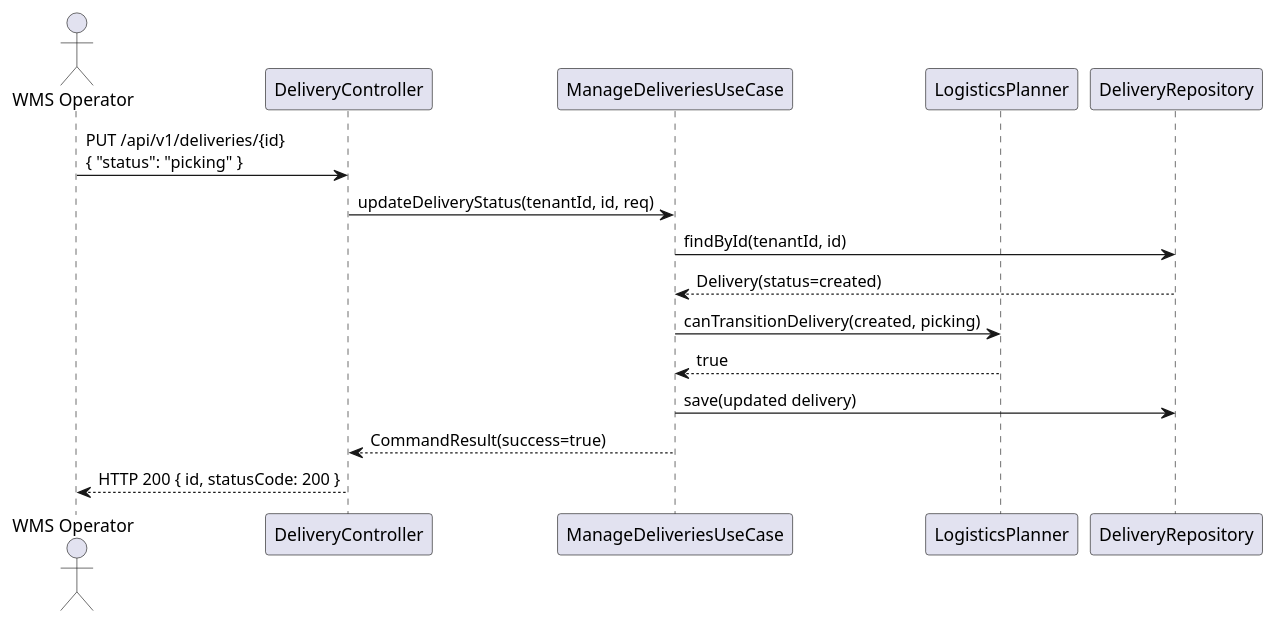
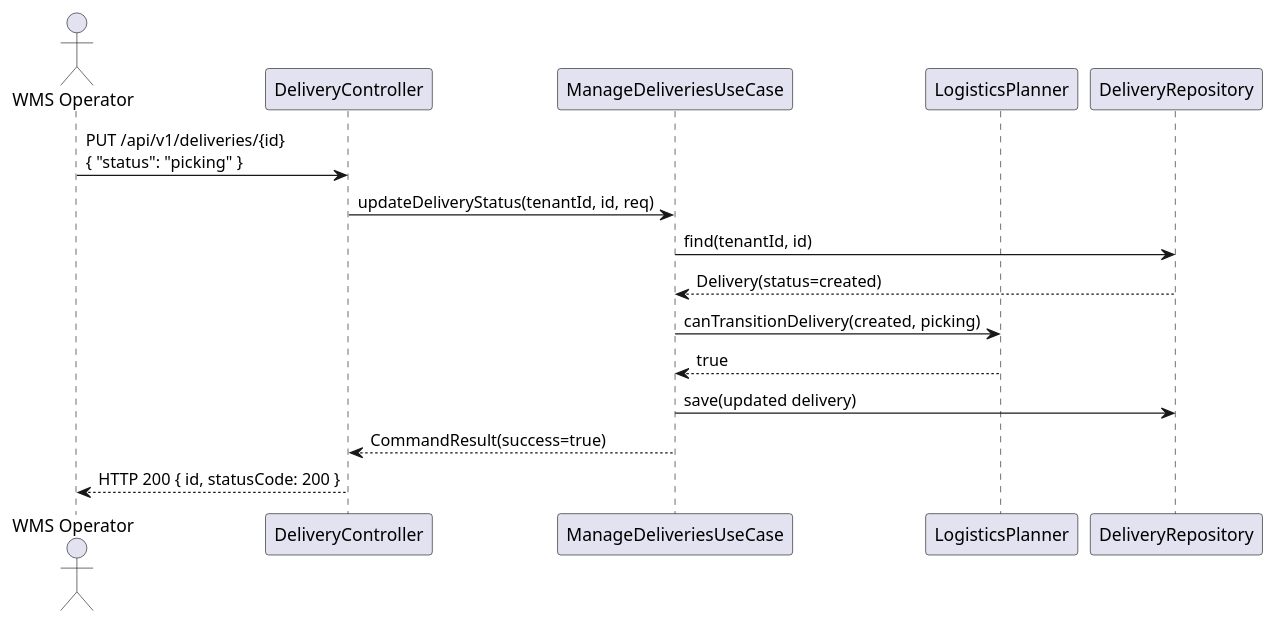
The third of 5 diagrams in logistic-management/UML.md (UIMSolutions/uim-platform), drawn with PlantUML before and after one commit. The commit also changed other lines of this file and 501 other files, not shown here.

````diff
--- a/logistic-management/UML.md
+++ b/logistic-management/UML.md
@@ -157,20 +157,20 @@
 ```plantuml
 @startuml delivery-sequence
 skinparam shadowing false
 actor "WMS Operator" as op
 participant "DeliveryController" as ctrl
 participant "ManageDeliveriesUseCase" as uc
 participant "LogisticsPlanner" as planner
 participant "DeliveryRepository" as repo
 
 op -> ctrl : PUT /api/v1/deliveries/{id}\n{ "status": "picking" }
 ctrl -> uc  : updateDeliveryStatus(tenantId, id, req)
-uc -> repo  : findById(tenantId, id)
+uc -> repo  : find(tenantId, id)
 repo --> uc : Delivery(status=created)
 uc -> planner : canTransitionDelivery(created, picking)
 planner --> uc : true
 uc -> repo  : save(updated delivery)
 uc --> ctrl : CommandResult(success=true)
 ctrl --> op : HTTP 200 { id, statusCode: 200 }
 @enduml
 ```
````
